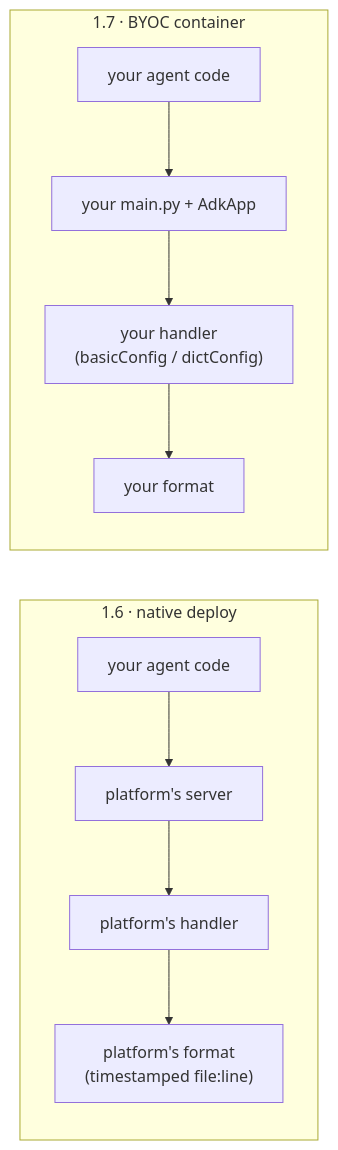
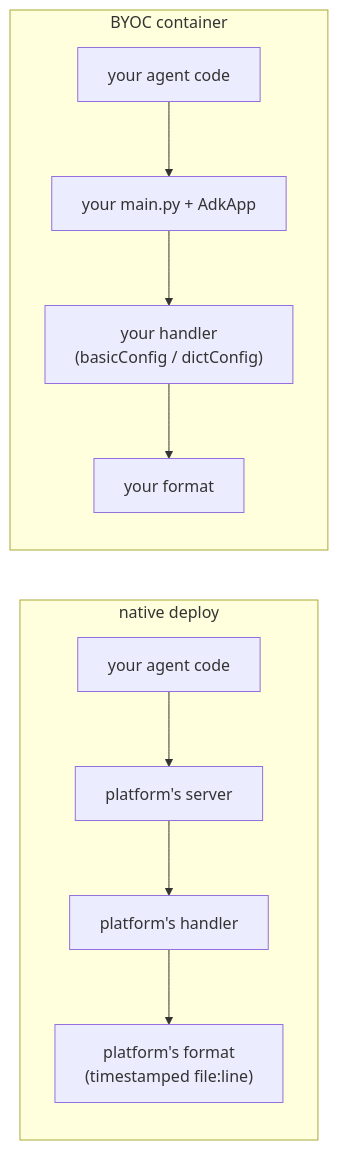
The diagram in ai/adk/logging/tutorial/01b-log-levels-cloud.md (roitraining/gcp-demos), drawn with Mermaid before and after one commit. The commit also changed other lines of this file and 21 other files, not shown here.

````diff
--- a/ai/adk/logging/tutorial/01b-log-levels-cloud.md
+++ b/ai/adk/logging/tutorial/01b-log-levels-cloud.md
@@ -426,13 +363,13 @@
 ```mermaid
 flowchart LR
-  subgraph native["1.6 · native deploy"]
+  subgraph native["native deploy"]
     NA["your agent code"] --> PS["platform's server"]
     PS --> PH["platform's handler"]
     PH --> PF["platform's format<br/>(timestamped file:line)"]
   end
-  subgraph byoc["1.7 · BYOC container"]
+  subgraph byoc["BYOC container"]
     BA["your agent code"] --> YS["your main.py + AdkApp"]
     YS --> YH["your handler<br/>(basicConfig / dictConfig)"]
     YH --> YF["your format"]
   end
 ```
````
